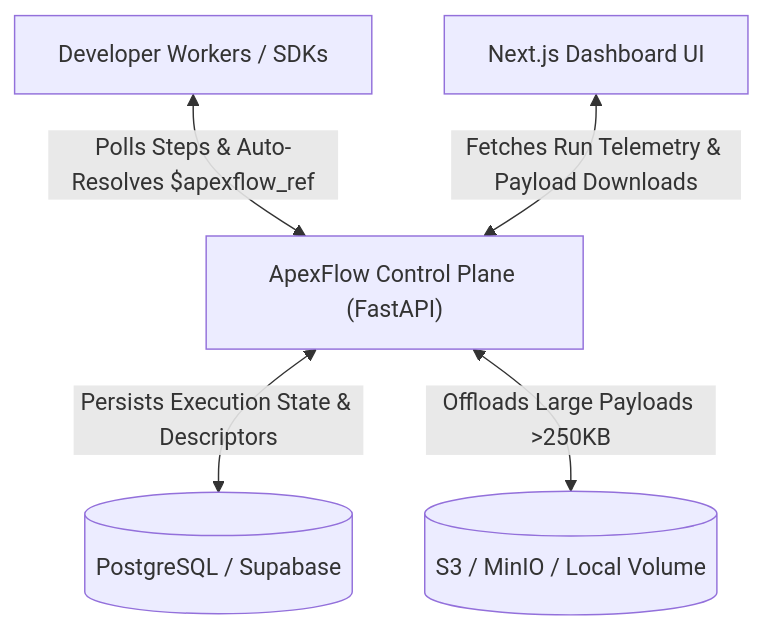
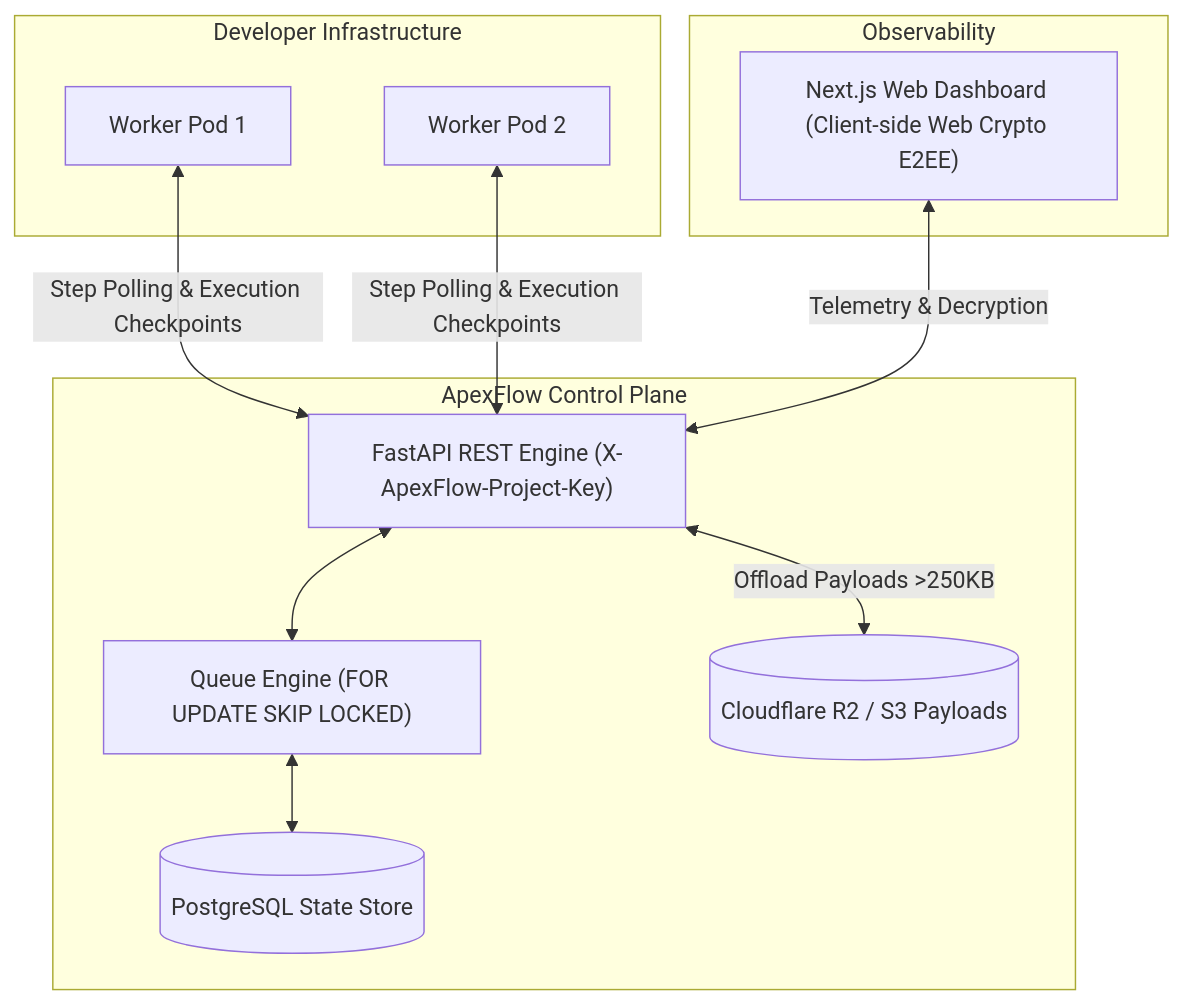
Before and after one commit to jarifulovi/apex-flow: the diagram in README.md, drawn with Mermaid. The commit also changed other lines of this file and 3 other files, not shown here.

````diff
--- a/README.md
+++ b/README.md
@@ -33,7 +94,25 @@
 ```mermaid
 graph TD
-    A["Developer Workers / SDKs"] <-->|Polls Steps & Auto-Resolves $apexflow_ref| B["ApexFlow Control Plane (FastAPI)"]
-    B <-->|Persists Execution State & Descriptors| C[("PostgreSQL / Supabase")]
-    B <-->|Offloads Large Payloads >250KB| E[("S3 / MinIO / Local Volume")]
-    D["Next.js Dashboard UI"] <-->|Fetches Run Telemetry & Payload Downloads| B
+    subgraph Developer Infrastructure
+        W1["Worker Pod 1"]
+        W2["Worker Pod 2"]
+    end
+
+    subgraph ApexFlow Control Plane
+        API["FastAPI REST Engine (X-ApexFlow-Project-Key)"]
+        Queue["Queue Engine (FOR UPDATE SKIP LOCKED)"]
+        DB[("PostgreSQL State Store")]
+        Storage[("Cloudflare R2 / S3 Payloads")]
+    end
+
+    subgraph Observability
+        UI["Next.js Web Dashboard (Client-side Web Crypto E2EE)"]
+    end
+
+    W1 <-->|Step Polling & Execution Checkpoints| API
+    W2 <-->|Step Polling & Execution Checkpoints| API
+    API <--> Queue
+    Queue <--> DB
+    API <-->|Offload Payloads >250KB| Storage
+    UI <-->|Telemetry & Decryption| API
 ```
````
